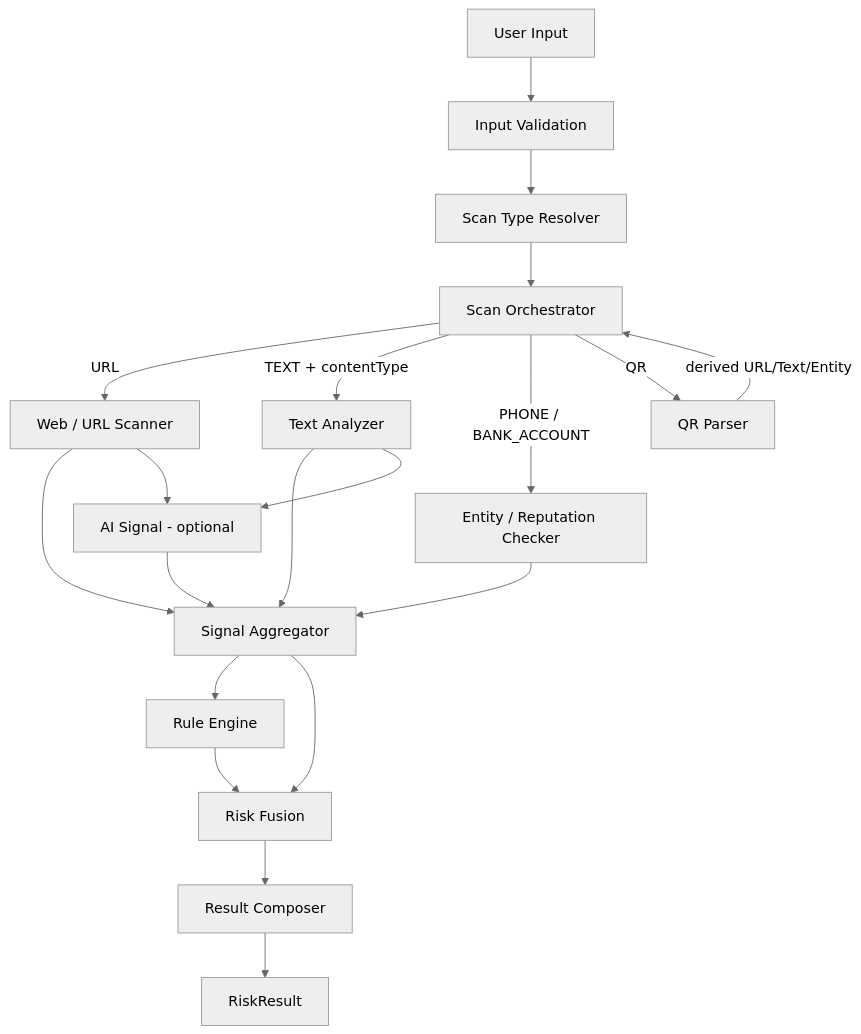
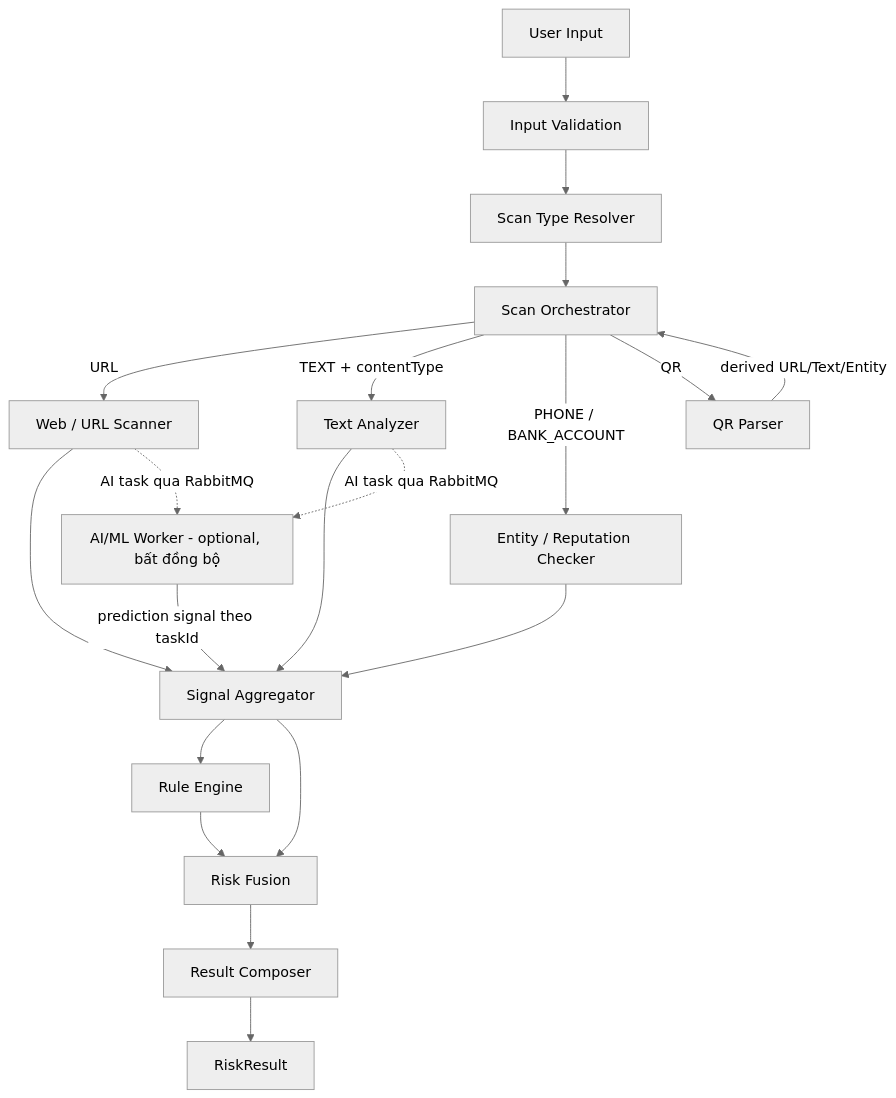
Before and after one commit to KLTN-2023-HCMSU/document: the sixth of 11 diagrams in architectures/architecture_v3.1.md, drawn with Mermaid (neutral theme). The commit also changed other lines of this file and 8 other files, not shown here.

````diff
--- a/architectures/architecture_v3.1.md
+++ b/architectures/architecture_v3.1.md
@@ -506,41 +531,41 @@
 ```mermaid
 flowchart TB
     Input[User Input]
     Validate[Input Validation]
     Resolve[Scan Type Resolver]
     Orchestrator[Scan Orchestrator]
 
     WebWorker[Web / URL Scanner]
     TextWorker[Text Analyzer]
     EntityWorker[Entity / Reputation Checker]
     QRWorker[QR Parser]
 
     Aggregate[Signal Aggregator]
     Rule[Rule Engine]
-    AI[AI Signal - optional]
+    AI[AI/ML Worker - optional, bất đồng bộ]
     Fusion[Risk Fusion]
     Compose[Result Composer]
     Output[RiskResult]
 
     Input --> Validate --> Resolve --> Orchestrator
 
     Orchestrator -->|URL| WebWorker
     Orchestrator -->|TEXT + contentType| TextWorker
     Orchestrator -->|PHONE / BANK_ACCOUNT| EntityWorker
     Orchestrator -->|QR| QRWorker
 
     WebWorker --> Aggregate
     TextWorker --> Aggregate
     EntityWorker --> Aggregate
     QRWorker -->|derived URL/Text/Entity| Orchestrator
 
-    WebWorker --> AI
-    TextWorker --> AI
-    AI --> Aggregate
+    WebWorker -.->|AI task qua RabbitMQ| AI
+    TextWorker -.->|AI task qua RabbitMQ| AI
+    AI -->|prediction signal theo taskId| Aggregate
 
     Aggregate --> Rule
     Aggregate --> Fusion
     Rule --> Fusion
     Fusion --> Compose
     Compose --> Output
 ```
````
